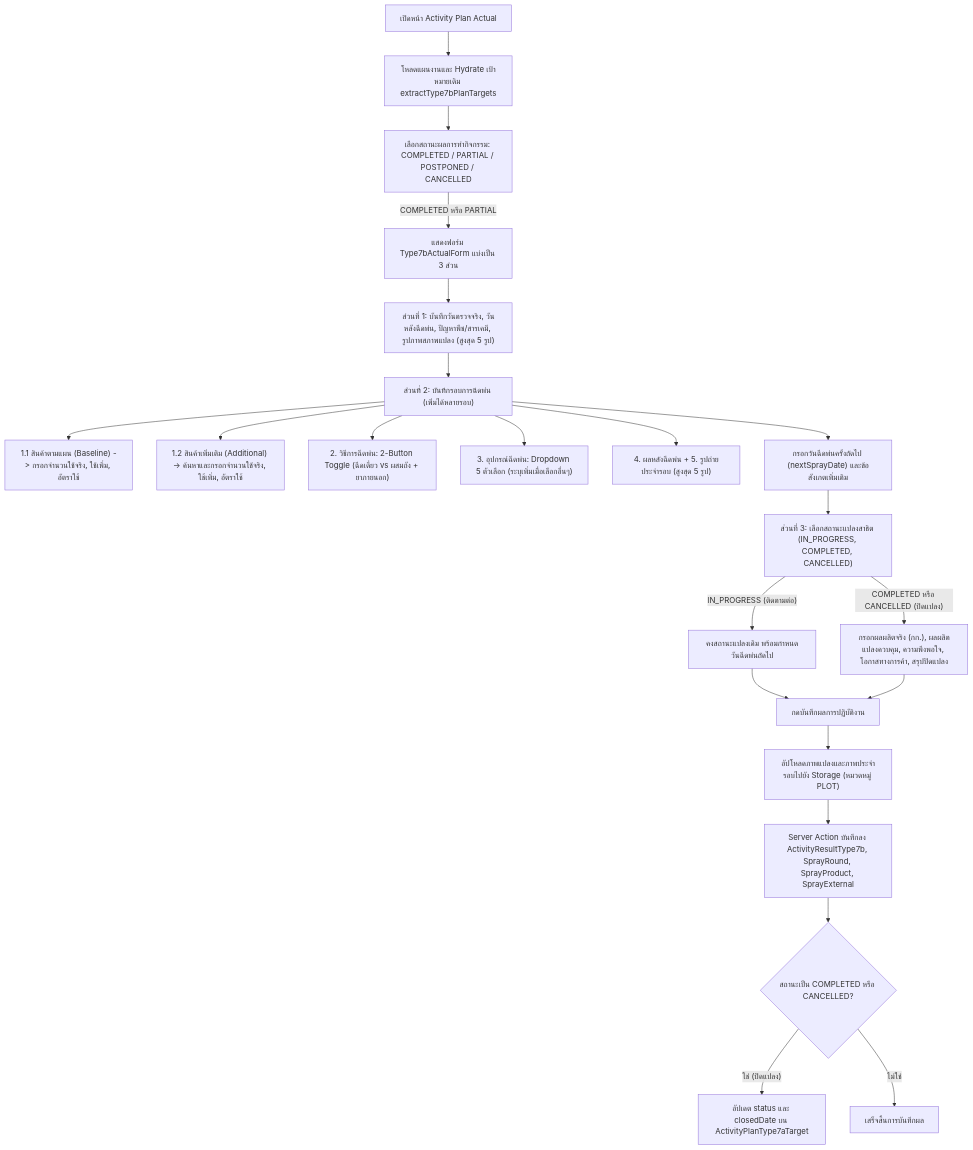
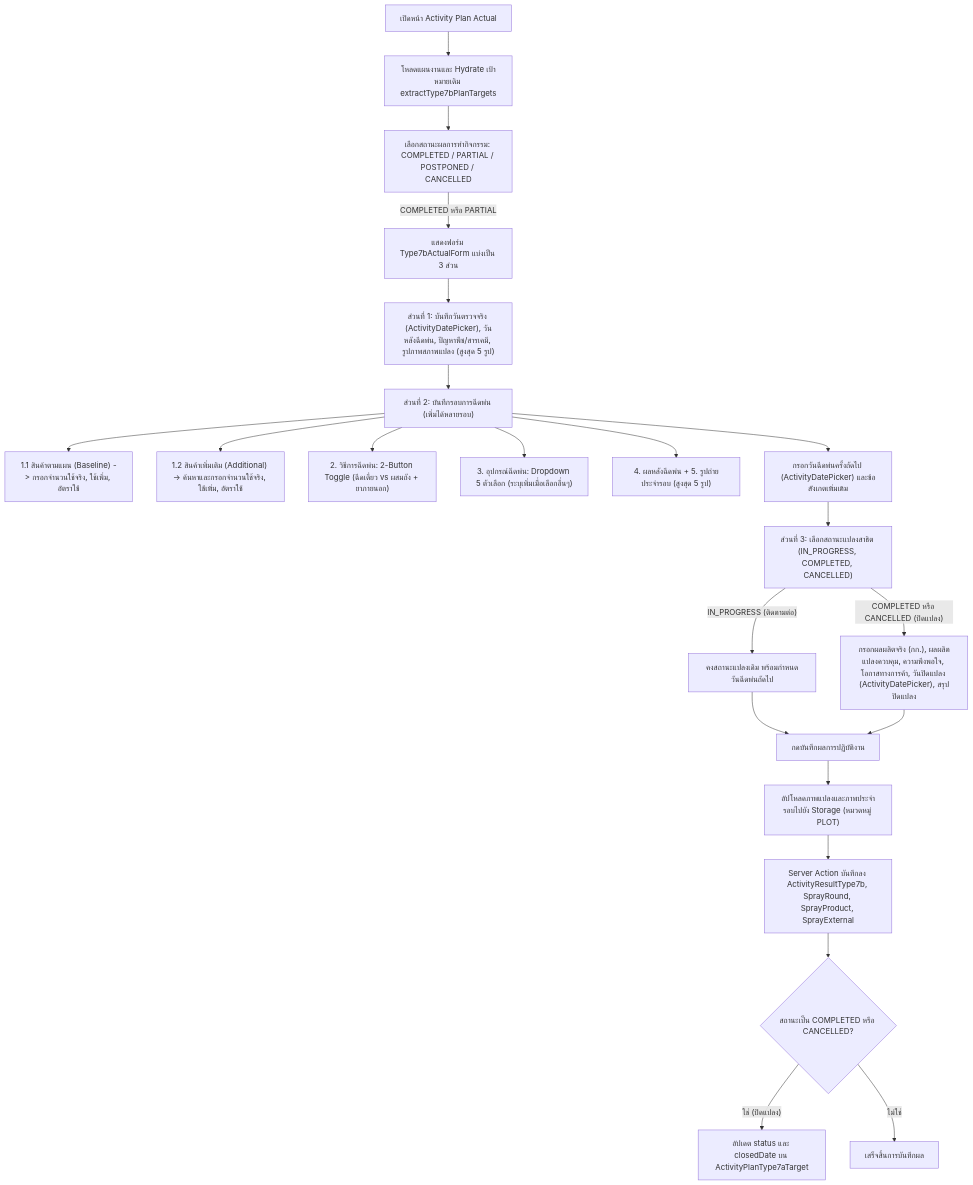
The second of 4 diagrams in modules/activity/features/type-7b/README.md (bankhk10/crm-bank), drawn with Mermaid before and after one commit. The commit also changed other lines of this file, not shown here.

````diff
--- a/modules/activity/features/type-7b/README.md
+++ b/modules/activity/features/type-7b/README.md
@@ -85,24 +86,24 @@
 ```mermaid
 graph TD
     A["เปิดหน้า Activity Plan Actual"] --> B["โหลดแผนงานและ Hydrate เป้าหมายเดิม extractType7bPlanTargets"]
     B --> C["เลือกสถานะผลการทำกิจกรรม: COMPLETED / PARTIAL / POSTPONED / CANCELLED"]
     C -->|"COMPLETED หรือ PARTIAL"| D["แสดงฟอร์ม Type7bActualForm แบ่งเป็น 3 ส่วน"]
-    D --> E["ส่วนที่ 1: บันทึกวันตรวจจริง, วันหลังฉีดพ่น, ปัญหาพืช/สารเคมี, รูปภาพสภาพแปลง (สูงสุด 5 รูป)"]
+    D --> E["ส่วนที่ 1: บันทึกวันตรวจจริง (ActivityDatePicker), วันหลังฉีดพ่น, ปัญหาพืช/สารเคมี, รูปภาพสภาพแปลง (สูงสุด 5 รูป)"]
     E --> F["ส่วนที่ 2: บันทึกรอบการฉีดพ่น (เพิ่มได้หลายรอบ)"]
     F --> F1["1.1 สินค้าตามแผน (Baseline) -> กรอกจำนวนใช้จริง, ใช้เพิ่ม, อัตราใช้"]
     F --> F2["1.2 สินค้าเพิ่มเติม (Additional) -> ค้นหาและกรอกจำนวนใช้จริง, ใช้เพิ่ม, อัตราใช้"]
     F --> F3["2. วิธีการฉีดพ่น: 2-Button Toggle (ฉีดเดี่ยว vs ผสมถัง + ยาภายนอก)"]
     F --> F4["3. อุปกรณ์ฉีดพ่น: Dropdown 5 ตัวเลือก (ระบุเพิ่มเมื่อเลือกอื่นๆ)"]
     F --> F5["4. ผลหลังฉีดพ่น + 5. รูปถ่ายประจำรอบ (สูงสุด 5 รูป)"]
-    F --> G["กรอกวันฉีดพ่นครั้งถัดไป (nextSprayDate) และข้อสังเกตเพิ่มเติม"]
+    F --> G["กรอกวันฉีดพ่นครั้งถัดไป (ActivityDatePicker) และข้อสังเกตเพิ่มเติม"]
     G --> H["ส่วนที่ 3: เลือกสถานะแปลงสาธิต (IN_PROGRESS, COMPLETED, CANCELLED)"]
     H -->|"IN_PROGRESS (ติดตามต่อ)"| I["คงสถานะแปลงเดิม พร้อมกำหนดวันฉีดพ่นถัดไป"]
-    H -->|"COMPLETED หรือ CANCELLED (ปิดแปลง)"| J["กรอกผลผลิตจริง (กก.), ผลผลิตแปลงควบคุม, ความพึงพอใจ, โอกาสทางการค้า, สรุปปิดแปลง"]
+    H -->|"COMPLETED หรือ CANCELLED (ปิดแปลง)"| J["กรอกผลผลิตจริง (กก.), ผลผลิตแปลงควบคุม, ความพึงพอใจ, โอกาสทางการค้า, วันปิดแปลง (ActivityDatePicker), สรุปปิดแปลง"]
     I --> K["กดบันทึกผลการปฏิบัติงาน"]
     J --> K
     K --> L["อัปโหลดภาพแปลงและภาพประจำรอบไปยัง Storage (หมวดหมู่ PLOT)"]
     L --> M["Server Action บันทึกลง ActivityResultType7b, SprayRound, SprayProduct, SprayExternal"]
     M --> N{"สถานะเป็น COMPLETED หรือ CANCELLED?"}
     N -->|"ใช่ (ปิดแปลง)"| O["อัปเดต status และ closedDate บน ActivityPlanType7aTarget"]
     N -->|"ไม่ใช่"| P["เสร็จสิ้นการบันทึกผล"]
 ```
````
